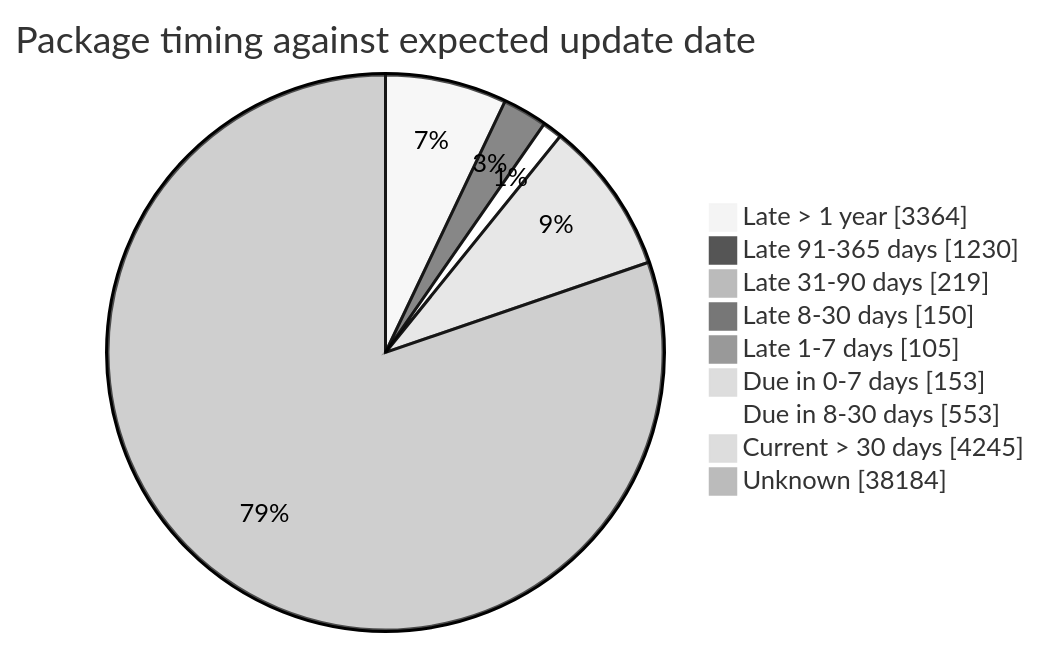
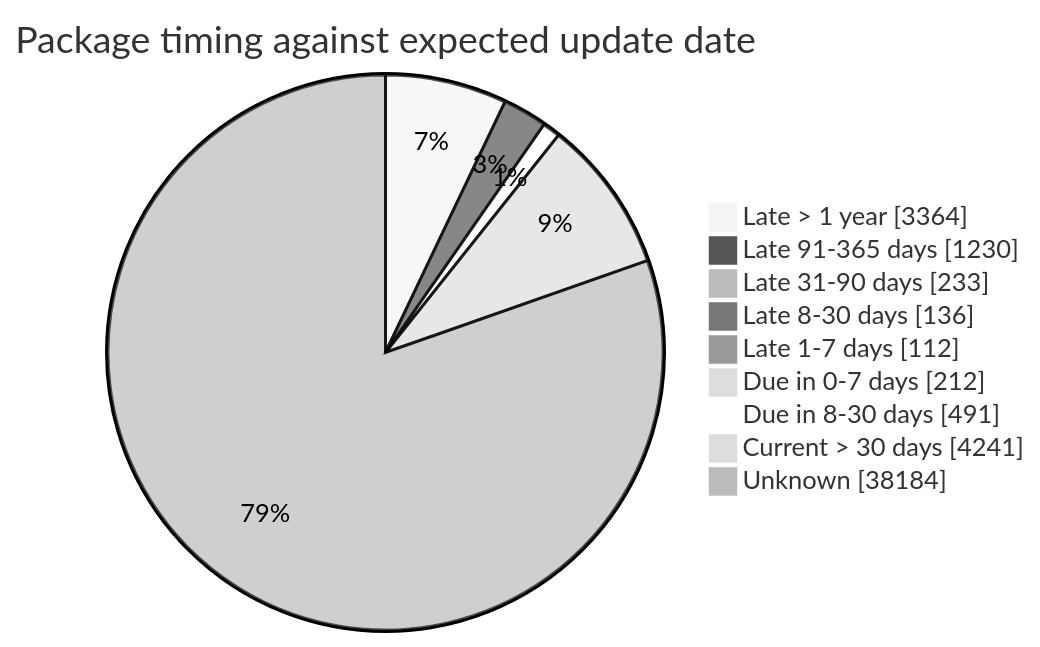
One commit to open-data/analytics-corporate-reporting changed the fourth of 5 diagrams in FreshCheck/README.md. Above: the diagram before and after it, drawn with Mermaid (neutral theme). The commit also changed other lines of this file and 3 other files, not shown here.

````diff
--- a/FreshCheck/README.md
+++ b/FreshCheck/README.md
@@ -86,12 +86,12 @@
 ```mermaid
 pie showData title Package timing against expected update date
     "Late > 1 year": 3364
     "Late 91-365 days": 1230
-    "Late 31-90 days": 219
-    "Late 8-30 days": 150
-    "Late 1-7 days": 105
-    "Due in 0-7 days": 153
-    "Due in 8-30 days": 553
-    "Current > 30 days": 4245
+    "Late 31-90 days": 233
+    "Late 8-30 days": 136
+    "Late 1-7 days": 112
+    "Due in 0-7 days": 212
+    "Due in 8-30 days": 491
+    "Current > 30 days": 4241
     "Unknown": 38184
 ```
````
